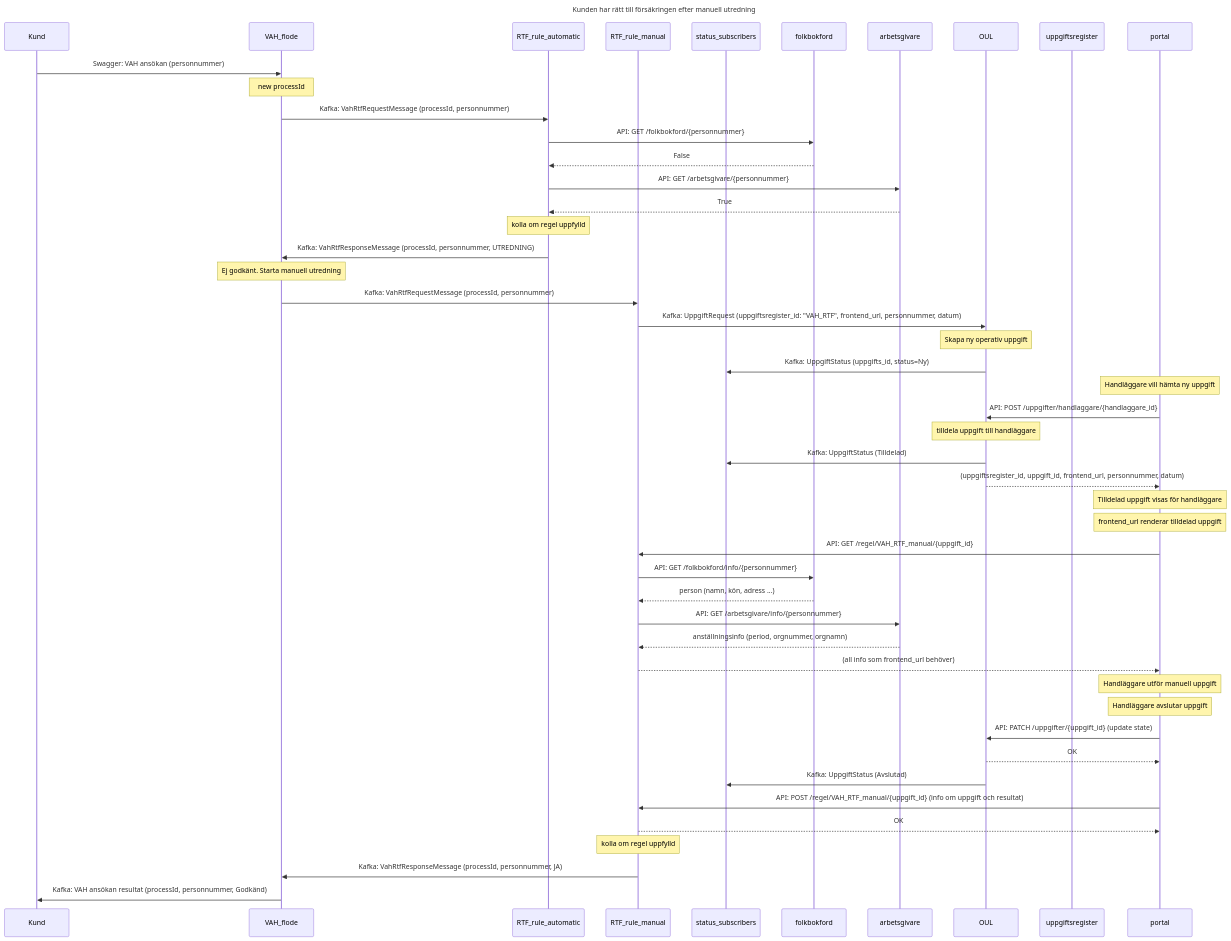
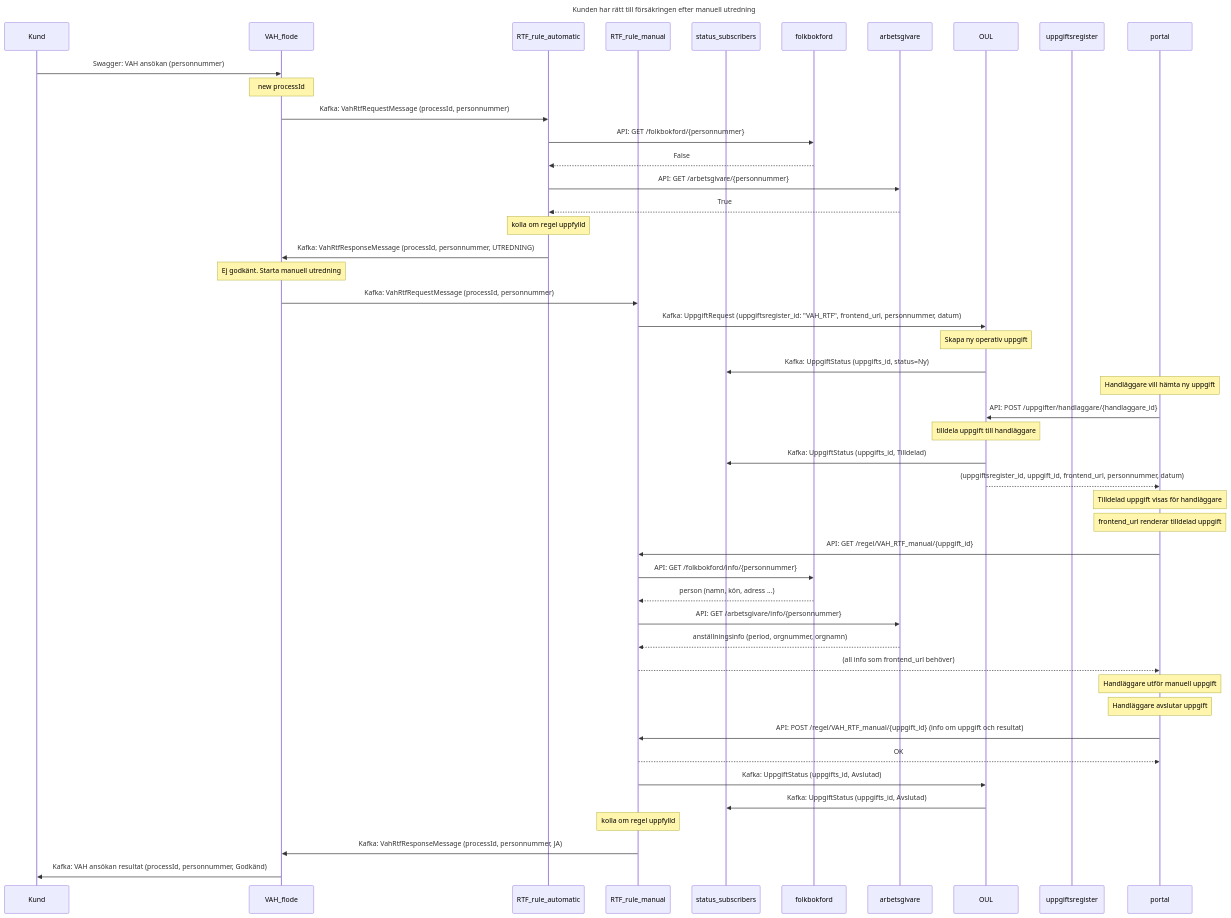
The diagram in sequences/ratt_till_forsakring_manuellt_datamodel.mmd (Forsakringskassan/rimfrost), drawn with Mermaid before and after one commit.

Commit message:
fix: regeln hanterar state Avslutad

```diff
--- a/sequences/ratt_till_forsakring_manuellt_datamodel.mmd
+++ b/sequences/ratt_till_forsakring_manuellt_datamodel.mmd
@@ -1,56 +1,57 @@
 sequenceDiagram
     title Kunden har rätt till försäkringen efter manuell utredning
     participant Kund
     participant VAH_flode
     participant RTF_rule_automatic
     participant RTF_rule_manual
     participant status_subscribers
     participant folkbokford
     participant arbetsgivare
     participant OUL
     participant uppgiftsregister
     participant portal
 
     Kund ->> VAH_flode: Swagger: VAH ansökan (personnummer)
     note over VAH_flode: new processId
     VAH_flode ->> RTF_rule_automatic: Kafka: VahRtfRequestMessage (processId, personnummer)
     RTF_rule_automatic ->> folkbokford: API: GET /folkbokford/{personnummer}
     folkbokford -->> RTF_rule_automatic: False
     RTF_rule_automatic ->> arbetsgivare: API:  GET /arbetsgivare/{personnummer}
     arbetsgivare -->> RTF_rule_automatic: True
     note over RTF_rule_automatic: kolla om regel uppfylld
     RTF_rule_automatic ->> VAH_flode: Kafka: VahRtfResponseMessage (processId, personnummer, UTREDNING)
     note over VAH_flode: Ej godkänt. Starta manuell utredning
 
     VAH_flode ->> RTF_rule_manual: Kafka: VahRtfRequestMessage (processId, personnummer)
     RTF_rule_manual ->> OUL: Kafka: UppgiftRequest (uppgiftsregister_id: "VAH_RTF", frontend_url, personnummer, datum)
     note over OUL: Skapa ny operativ uppgift
     OUL ->> status_subscribers: Kafka: UppgiftStatus (uppgifts_id, status=Ny)
     note over portal: Handläggare vill hämta ny uppgift
     portal ->> OUL: API: POST /uppgifter/handlaggare/{handlaggare_id}
     note over OUL: tilldela uppgift till handläggare
-    OUL ->> status_subscribers: Kafka: UppgiftStatus (Tilldelad)
+    OUL ->> status_subscribers: Kafka: UppgiftStatus (uppgifts_id, Tilldelad)
     OUL -->> portal: (uppgiftsregister_id, uppgift_id, frontend_url, personnummer, datum)
     note over portal: Tilldelad uppgift visas för handläggare
     note over portal: frontend_url renderar tilldelad uppgift
 
     portal ->> RTF_rule_manual: API: GET /regel/VAH_RTF_manual/{uppgift_id}
     RTF_rule_manual ->> folkbokford: API: GET /folkbokford/info/{personnummer}
     folkbokford -->> RTF_rule_manual: person (namn, kön, adress ...)
 
     RTF_rule_manual ->> arbetsgivare: API: GET /arbetsgivare/info/{personnummer}
     arbetsgivare -->> RTF_rule_manual: anställningsinfo (period, orgnummer, orgnamn)
 
     RTF_rule_manual -->> portal: (all info som frontend_url behöver)
 
     note over portal: Handläggare utför manuell uppgift
     note over portal: Handläggare avslutar uppgift
-    portal ->> OUL: API: PATCH /uppgifter/{uppgift_id} (update state)
-    OUL -->> portal: OK
-    OUL ->> status_subscribers: Kafka: UppgiftStatus (Avslutad)
+
     portal ->>  RTF_rule_manual:API: POST /regel/VAH_RTF_manual/{uppgift_id} (info om uppgift och resultat)
     RTF_rule_manual -->> portal: OK
+    RTF_rule_manual ->> OUL: Kafka: UppgiftStatus (uppgifts_id, Avslutad)
+    OUL ->> status_subscribers: Kafka: UppgiftStatus (uppgifts_id, Avslutad)
+
     note over RTF_rule_manual: kolla om regel uppfylld
     RTF_rule_manual ->> VAH_flode: Kafka: VahRtfResponseMessage (processId, personnummer, JA)
 
     VAH_flode ->> Kund: Kafka: VAH ansökan resultat (processId, personnummer, Godkänd)
```
